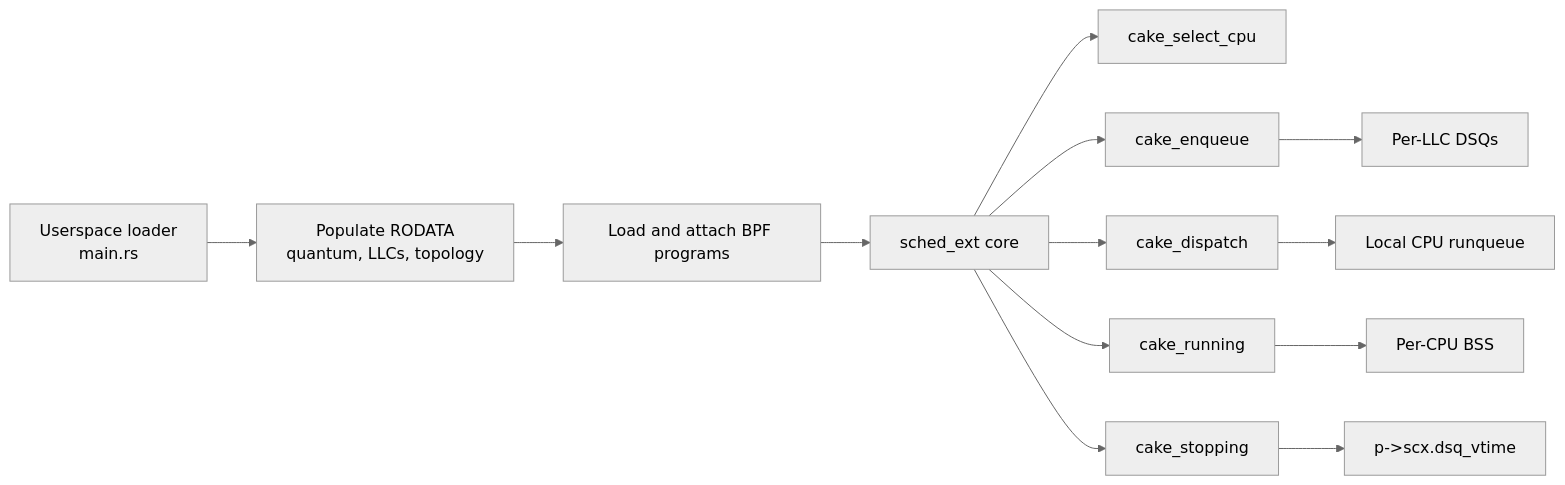
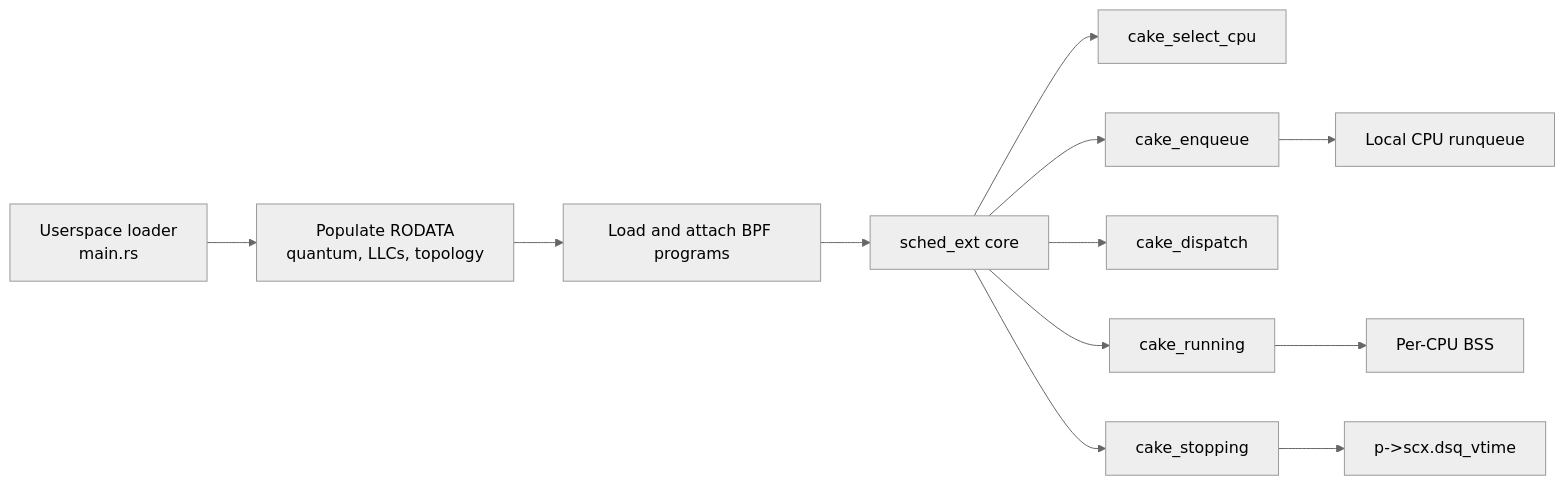
One commit to RitzDaCat/scx changed the first of 5 diagrams in scheds/rust/scx_cake/README.md. Above: the diagram before and after it, drawn with Mermaid (neutral theme). The commit also changed other lines of this file and 5 other files, not shown here.

Commit message:
scx_cake: switch to per-cpu local-first scheduling

````diff
--- a/scheds/rust/scx_cake/README.md
+++ b/scheds/rust/scx_cake/README.md
@@ -122,17 +242,16 @@
 ```mermaid
 flowchart LR
     U[Userspace loader<br/>main.rs] --> R[Populate RODATA<br/>quantum, LLCs, topology]
     R --> B[Load and attach BPF programs]
     B --> S[sched_ext core]
 
     S --> SC[cake_select_cpu]
     S --> EQ[cake_enqueue]
     S --> DP[cake_dispatch]
     S --> RN[cake_running]
     S --> ST[cake_stopping]
 
-    EQ --> DSQ[Per-LLC DSQs]
-    DP --> CPU[Local CPU runqueue]
+    EQ --> CPU[Local CPU runqueue]
     RN --> BSS[Per-CPU BSS]
     ST --> VT[p->scx.dsq_vtime]
 ```
````
